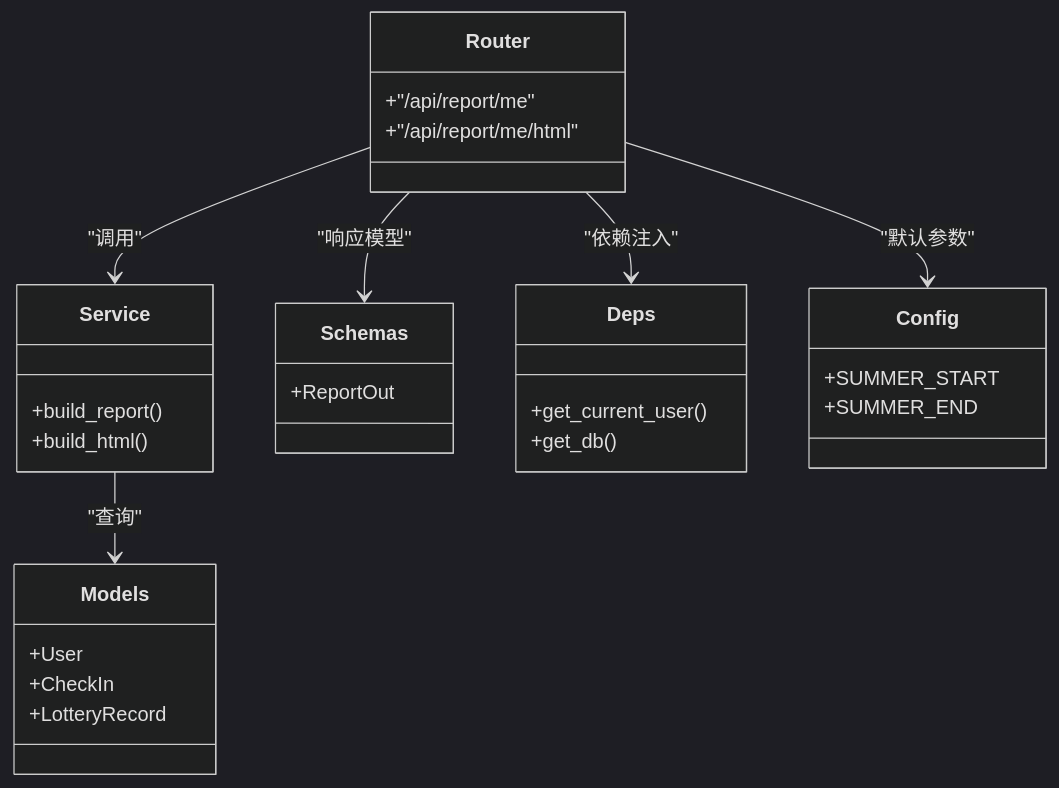
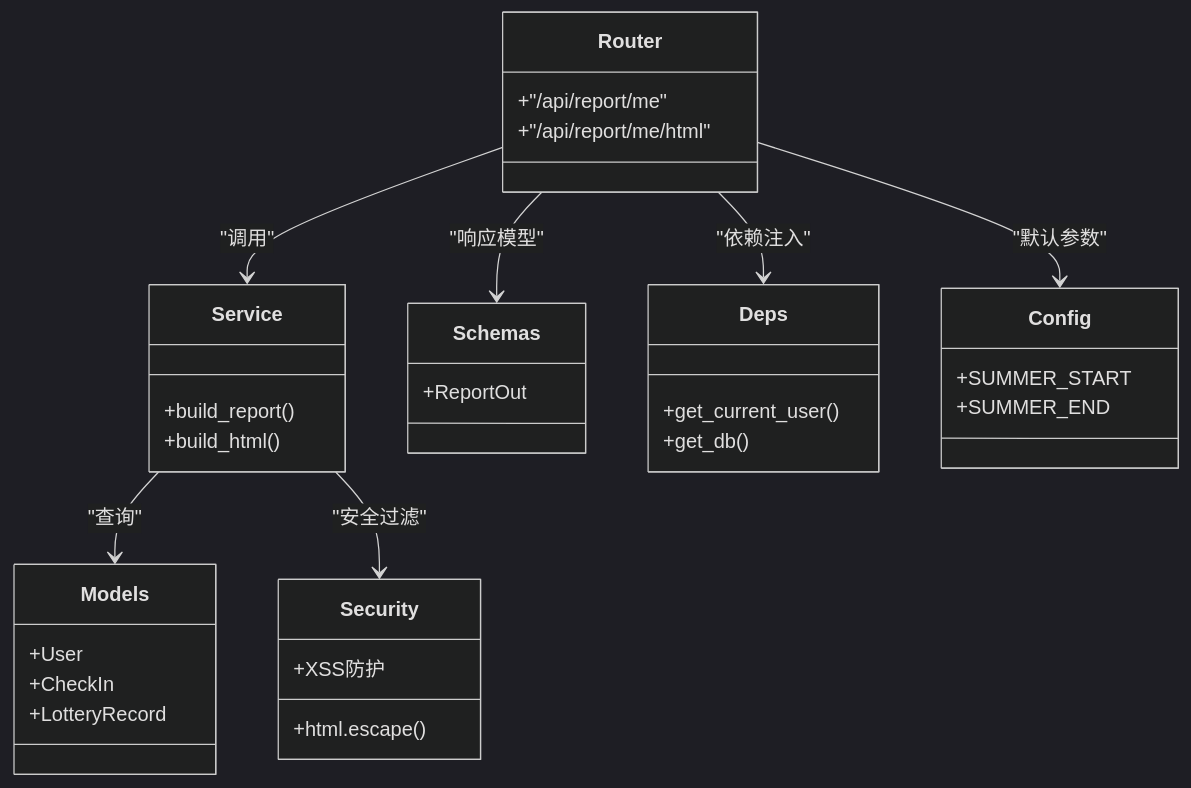
Before and after one commit to onebody/homework: the fourth of 6 diagrams in .qoder/repowiki/zh/content/暑假作业打卡系统/后端服务架构/服务层架构/报表服务.md, drawn with Mermaid (dark theme). The commit also changed other lines of this file and 28 other files, not shown here.

````diff
--- a/.qoder/repowiki/zh/content/暑假作业打卡系统/后端服务架构/服务层架构/报表服务.md
+++ b/.qoder/repowiki/zh/content/暑假作业打卡系统/后端服务架构/服务层架构/报表服务.md
@@ -230,32 +249,37 @@
 ```mermaid
 classDiagram
 class Router {
 +"/api/report/me"
 +"/api/report/me/html"
 }
 class Service {
 +build_report()
 +build_html()
+}
+class Security {
++html.escape()
++XSS防护
 }
 class Models {
 +User
 +CheckIn
 +LotteryRecord
 }
 class Schemas {
 +ReportOut
 }
 class Deps {
 +get_current_user()
 +get_db()
 }
 class Config {
 +SUMMER_START
 +SUMMER_END
 }
 Router --> Service : "调用"
 Router --> Schemas : "响应模型"
 Router --> Deps : "依赖注入"
 Router --> Config : "默认参数"
 Service --> Models : "查询"
+Service --> Security : "安全过滤"
 ```
````
